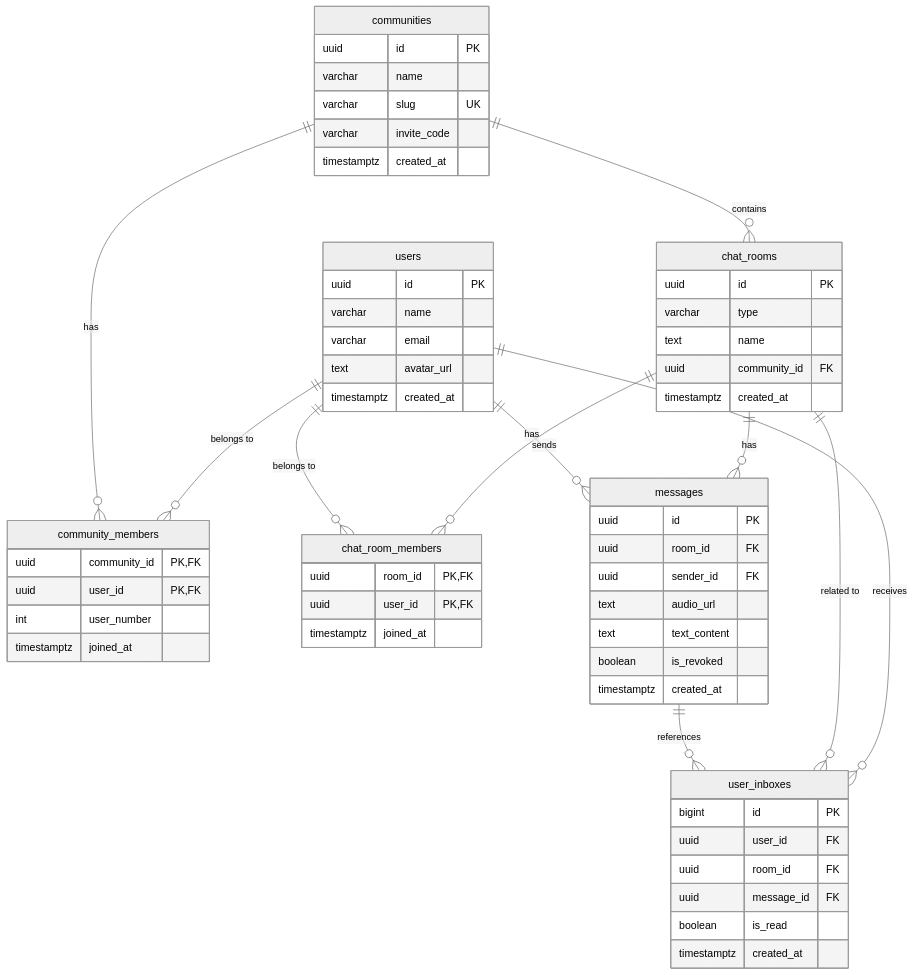
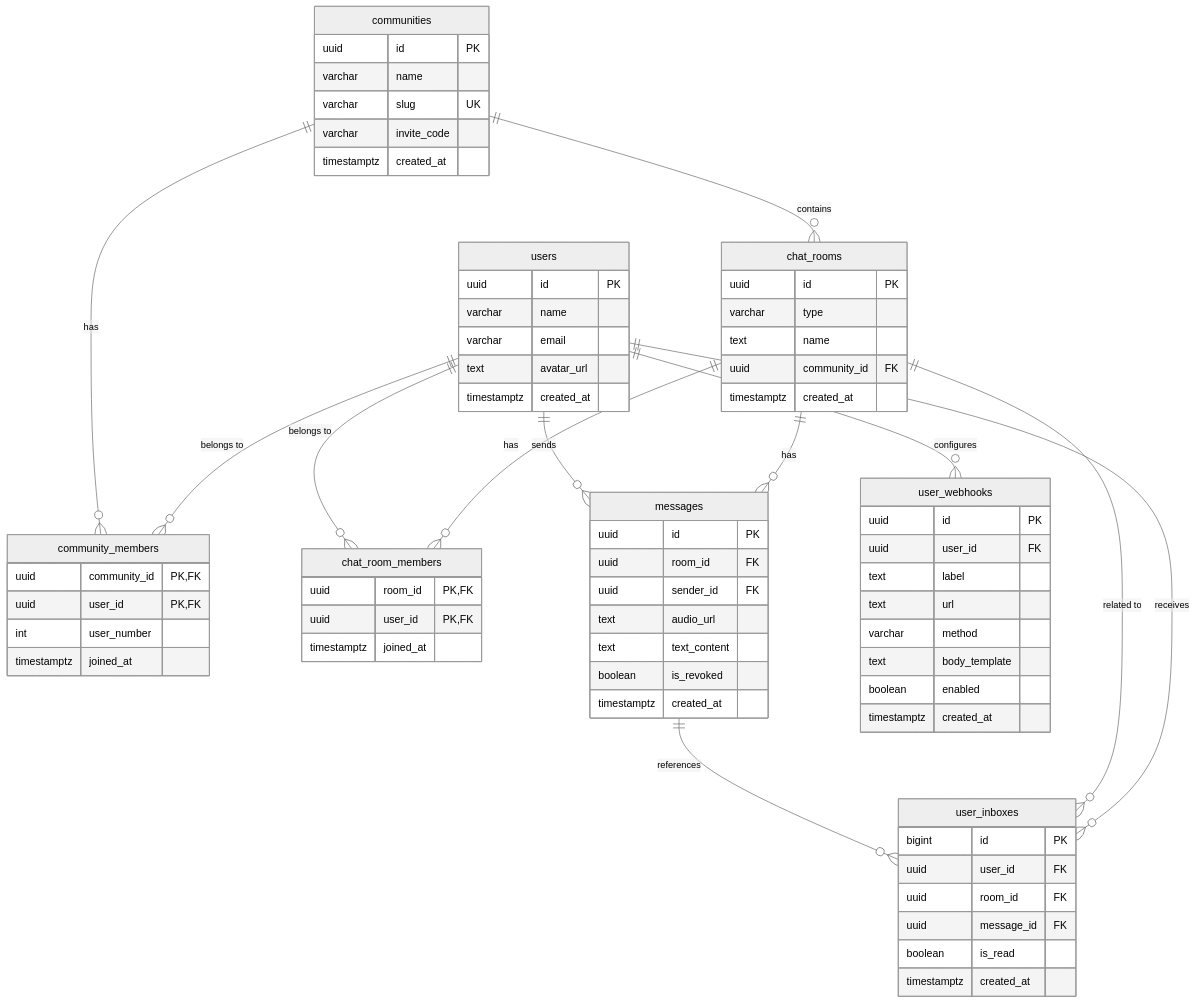
The diagram in docs/database_design.md (jun8k2003/Chatransceiver), drawn with Mermaid (neutral theme) before and after one commit. The commit also changed other lines of this file and 13 other files, not shown here.

````diff
--- a/docs/database_design.md
+++ b/docs/database_design.md
@@ -7,69 +7,81 @@
 ```mermaid
 erDiagram
     users {
         uuid id PK
         varchar name
         varchar email
         text avatar_url
         timestamptz created_at
     }
 
     communities {
         uuid id PK
         varchar name
         varchar slug UK
         varchar invite_code
         timestamptz created_at
     }
 
     community_members {
         uuid community_id PK, FK
         uuid user_id PK, FK
         int user_number
         timestamptz joined_at
     }
 
     chat_rooms {
         uuid id PK
         varchar type
         text name
         uuid community_id FK
         timestamptz created_at
     }
 
     chat_room_members {
         uuid room_id PK, FK
         uuid user_id PK, FK
         timestamptz joined_at
     }
 
     messages {
         uuid id PK
         uuid room_id FK
         uuid sender_id FK
         text audio_url
         text text_content
         boolean is_revoked
         timestamptz created_at
     }
 
     user_inboxes {
         bigint id PK
         uuid user_id FK
         uuid room_id FK
         uuid message_id FK
         boolean is_read
         timestamptz created_at
     }
 
+    user_webhooks {
+        uuid id PK
+        uuid user_id FK
+        text label
+        text url
+        varchar method
+        text body_template
+        boolean enabled
+        timestamptz created_at
+    }
+
     users ||--o{ community_members : "belongs to"
     communities ||--o{ community_members : "has"
     communities ||--o{ chat_rooms : "contains"
     chat_rooms ||--o{ chat_room_members : "has"
     users ||--o{ chat_room_members : "belongs to"
     chat_rooms ||--o{ messages : "has"
     users ||--o{ messages : "sends"
     users ||--o{ user_inboxes : "receives"
     chat_rooms ||--o{ user_inboxes : "related to"
     messages ||--o{ user_inboxes : "references"
+    users ||--o{ user_webhooks : "configures"
 ```
````
